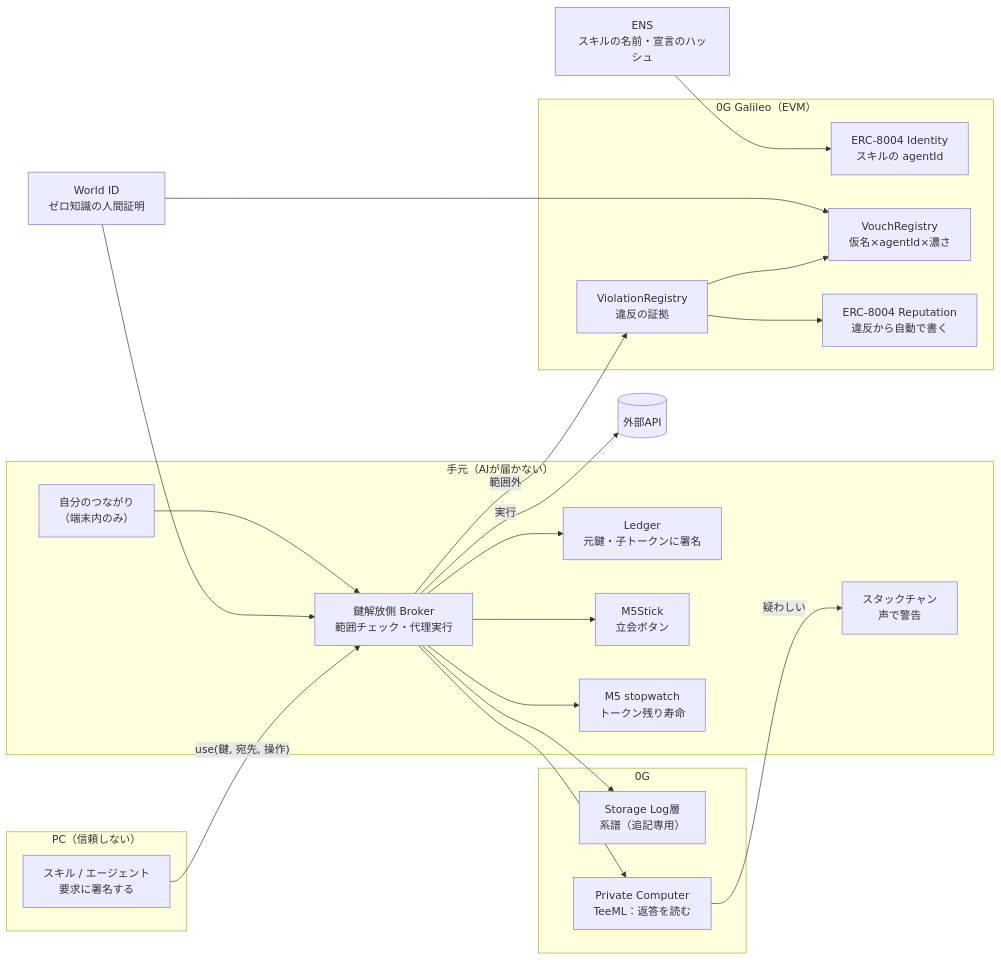
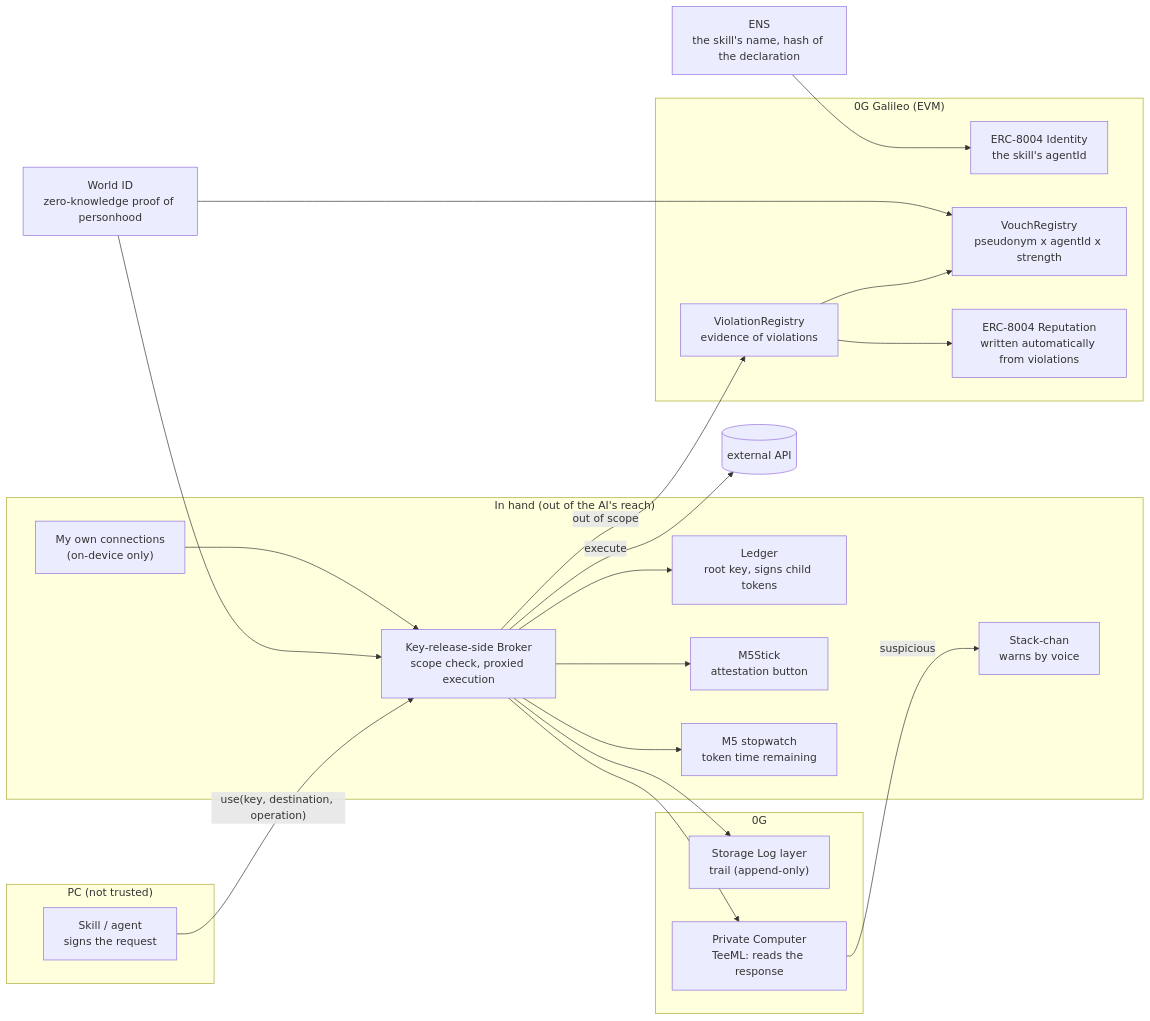
Before and after one commit to kou-uni/ethglobal-mumbai: the diagram in ideation/2026-11-06-architecture.md, drawn with Mermaid. The commit also changed other lines of this file and 14 other files, not shown here.

````diff
--- a/ideation/2026-11-06-architecture.md
+++ b/ideation/2026-11-06-architecture.md
@@ -20,42 +20,42 @@
 ```mermaid
 flowchart LR
-  subgraph PC["PC（信頼しない）"]
-    SK["スキル / エージェント<br/>要求に署名する"]
+  subgraph PC["PC (not trusted)"]
+    SK["Skill / agent<br/>signs the request"]
   end
-  subgraph HAND["手元（AIが届かない）"]
-    LG["Ledger<br/>元鍵・子トークンに署名"]
-    M5["M5Stick<br/>立会ボタン"]
-    SC["スタックチャン<br/>声で警告"]
-    SW["M5 stopwatch<br/>トークン残り寿命"]
-    BR["鍵解放側 Broker<br/>範囲チェック・代理実行"]
-    GR["自分のつながり<br/>（端末内のみ）"]
+  subgraph HAND["In hand (out of the AI's reach)"]
+    LG["Ledger<br/>root key, signs child tokens"]
+    M5["M5Stick<br/>attestation button"]
+    SC["Stack-chan<br/>warns by voice"]
+    SW["M5 stopwatch<br/>token time remaining"]
+    BR["Key-release-side Broker<br/>scope check, proxied execution"]
+    GR["My own connections<br/>(on-device only)"]
   end
-  subgraph CHAIN["0G Galileo（EVM）"]
-    ID["ERC-8004 Identity<br/>スキルの agentId"]
-    VR["VouchRegistry<br/>仮名×agentId×濃さ"]
-    VL["ViolationRegistry<br/>違反の証拠"]
-    RP["ERC-8004 Reputation<br/>違反から自動で書く"]
+  subgraph CHAIN["0G Galileo (EVM)"]
+    ID["ERC-8004 Identity<br/>the skill's agentId"]
+    VR["VouchRegistry<br/>pseudonym x agentId x strength"]
+    VL["ViolationRegistry<br/>evidence of violations"]
+    RP["ERC-8004 Reputation<br/>written automatically from violations"]
   end
   subgraph ZG["0G"]
-    ST["Storage Log層<br/>系譜（追記専用）"]
-    TE["Private Computer<br/>TeeML：返答を読む"]
+    ST["Storage Log layer<br/>trail (append-only)"]
+    TE["Private Computer<br/>TeeML: reads the response"]
   end
-  WD["World ID<br/>ゼロ知識の人間証明"]
-  ENS["ENS<br/>スキルの名前・宣言のハッシュ"]
+  WD["World ID<br/>zero-knowledge proof of personhood"]
+  ENS["ENS<br/>the skill's name, hash of the declaration"]
 
-  SK -- "use(鍵, 宛先, 操作)" --> BR
+  SK -- "use(key, destination, operation)" --> BR
   BR --> LG
   BR --> M5
-  BR -- 実行 --> API[(外部API)]
+  BR -- execute --> API[(external API)]
   BR --> ST
   BR --> TE
-  TE -- 疑わしい --> SC
+  TE -- suspicious --> SC
   BR --> SW
-  BR -- 範囲外 --> VL
+  BR -- out of scope --> VL
   VL --> VR
   VL --> RP
   WD --> VR
   WD --> BR
   ENS --> ID
   GR --> BR
 ```
````
